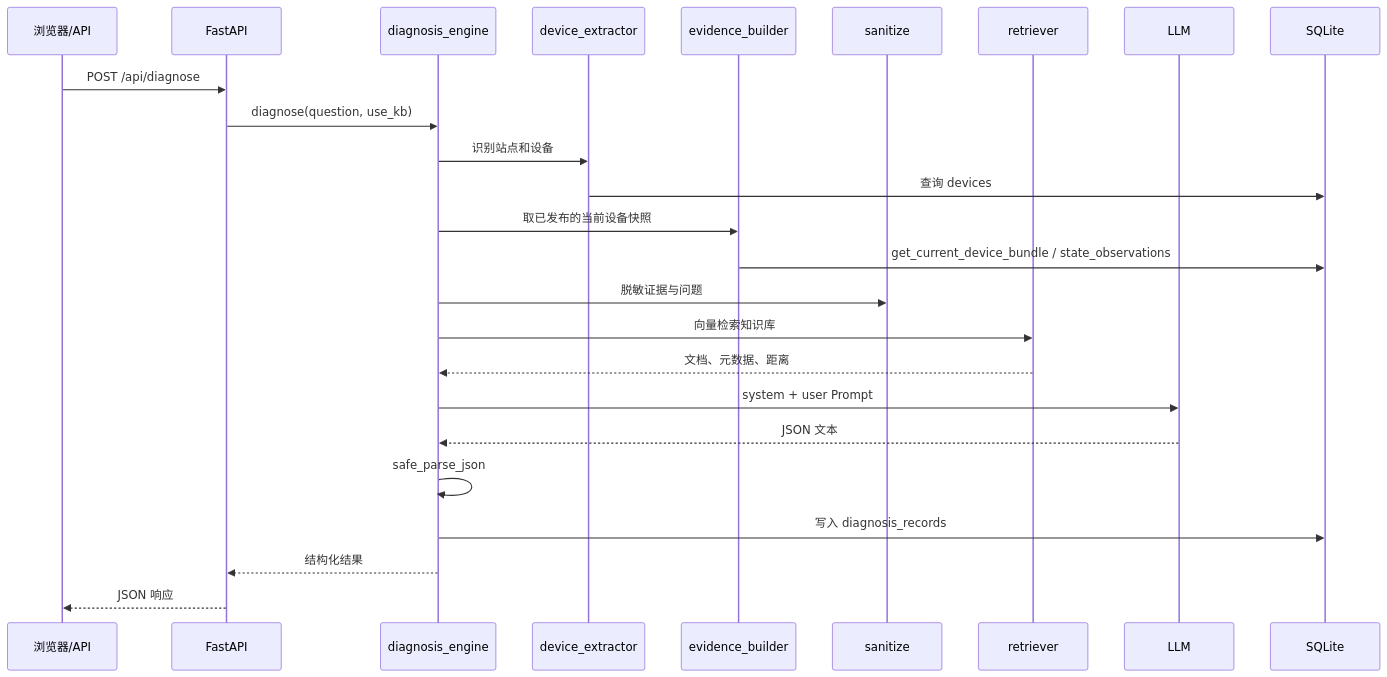
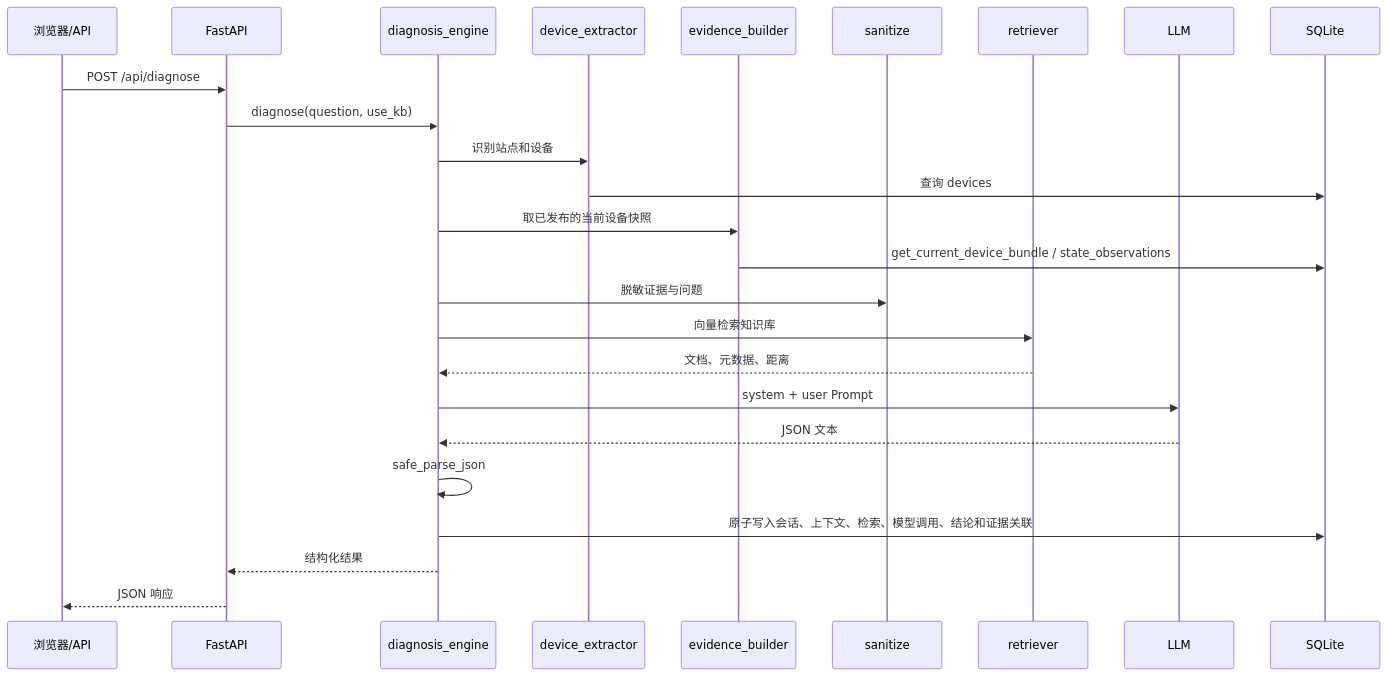
Before and after one commit to A1PHAalpha/-project6: the third of 7 diagrams in README.md, drawn with Mermaid. The commit also changed other lines of this file and 28 other files, not shown here.

````diff
--- a/README.md
+++ b/README.md
@@ -316,28 +328,28 @@
 ```mermaid
 sequenceDiagram
     participant UI as 浏览器/API
     participant API as FastAPI
     participant D as diagnosis_engine
     participant X as device_extractor
     participant E as evidence_builder
     participant S as sanitize
     participant K as retriever
     participant L as LLM
     participant DB as SQLite
 
     UI->>API: POST /api/diagnose
     API->>D: diagnose(question, use_kb)
     D->>X: 识别站点和设备
     X->>DB: 查询 devices
     D->>E: 取已发布的当前设备快照
     E->>DB: get_current_device_bundle / state_observations
     D->>S: 脱敏证据与问题
     D->>K: 向量检索知识库
     K-->>D: 文档、元数据、距离
     D->>L: system + user Prompt
     L-->>D: JSON 文本
     D->>D: safe_parse_json
-    D->>DB: 写入 diagnosis_records
+    D->>DB: 原子写入会话、上下文、检索、模型调用、结论和证据关联
     D-->>API: 结构化结果
     API-->>UI: JSON 响应
 ```
````
